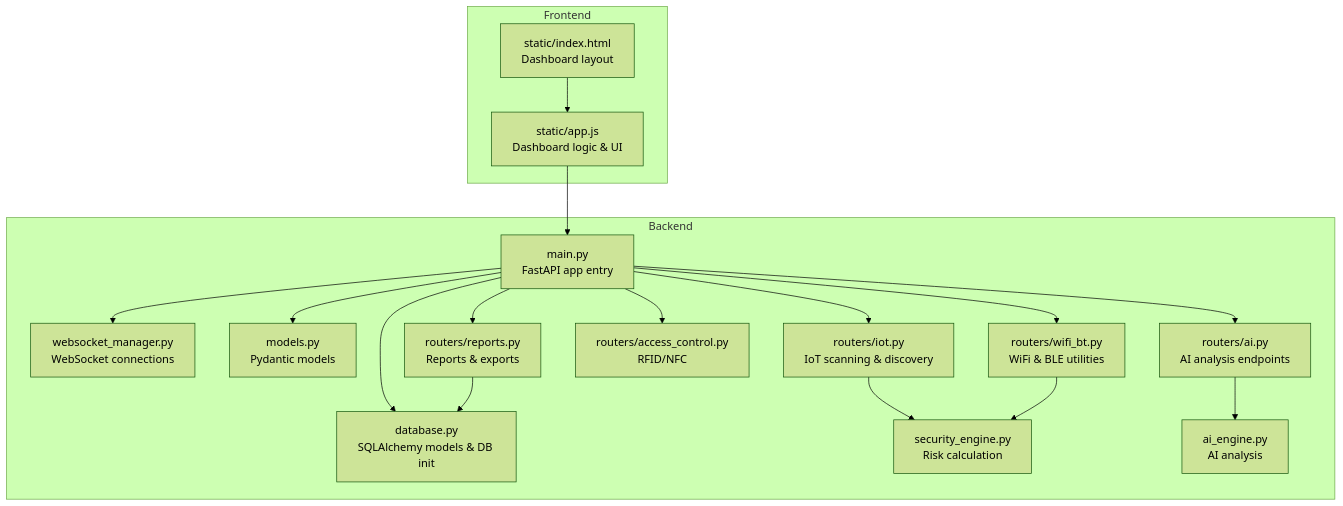
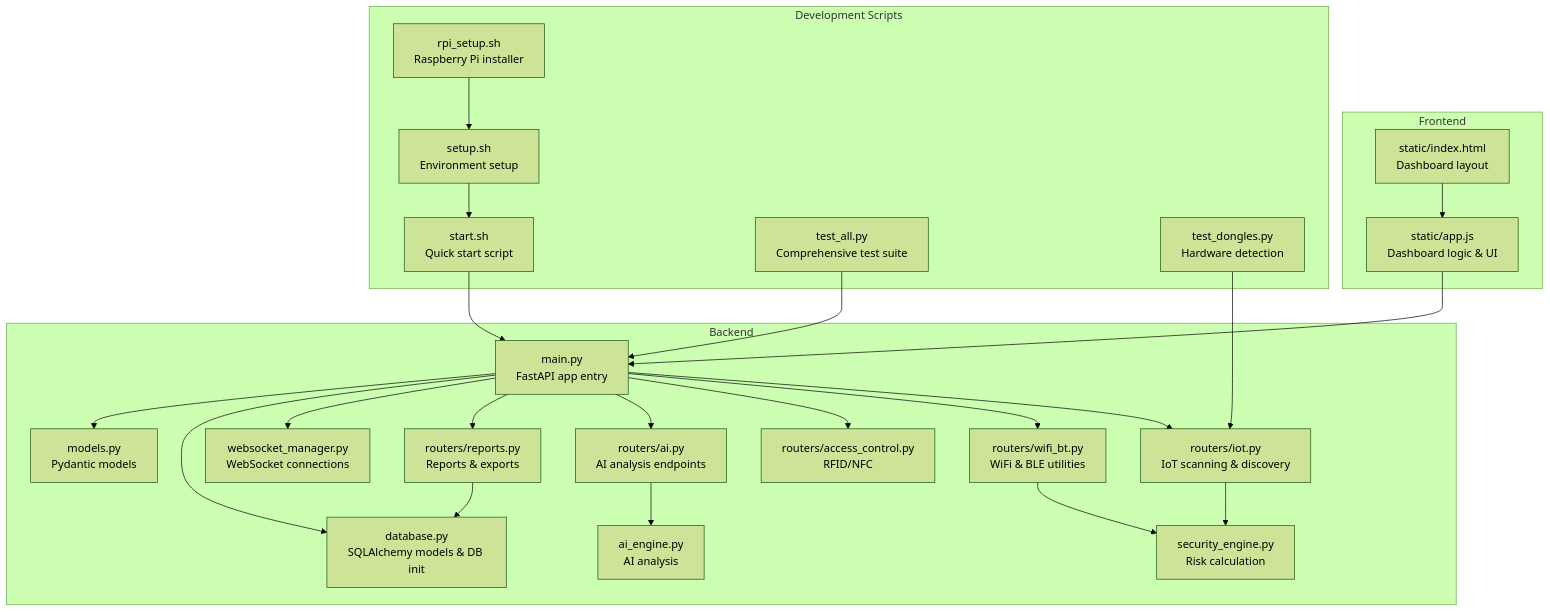
One commit to MohandWaleed3/PentexOne changed the first of 11 diagrams in .qoder/repowiki/en/content/Contributing & Development.md. Above: the diagram before and after it, drawn with Mermaid (forest theme). The commit also changed other lines of this file and 16 other files, not shown here.

````diff
--- a/.qoder/repowiki/en/content/Contributing & Development.md
+++ b/.qoder/repowiki/en/content/Contributing & Development.md
@@ -53,34 +56,46 @@
 ```mermaid
 graph TB
 subgraph "Backend"
 MAIN["main.py<br/>FastAPI app entry"]
 WS["websocket_manager.py<br/>WebSocket connections"]
 DB["database.py<br/>SQLAlchemy models & DB init"]
 MODELS["models.py<br/>Pydantic models"]
 ROUTERS_IOT["routers/iot.py<br/>IoT scanning & discovery"]
 ROUTERS_WIFI_BT["routers/wifi_bt.py<br/>WiFi & BLE utilities"]
 ROUTERS_RFID["routers/access_control.py<br/>RFID/NFC"]
 ROUTERS_AI["routers/ai.py<br/>AI analysis endpoints"]
 ROUTERS_REPORTS["routers/reports.py<br/>Reports & exports"]
 SEC_ENGINE["security_engine.py<br/>Risk calculation"]
 AI_ENGINE["ai_engine.py<br/>AI analysis"]
 end
 subgraph "Frontend"
 HTML["static/index.html<br/>Dashboard layout"]
 JS["static/app.js<br/>Dashboard logic & UI"]
 end
+subgraph "Development Scripts"
+SETUP["setup.sh<br/>Environment setup"]
+START["start.sh<br/>Quick start script"]
+RPI_SETUP["rpi_setup.sh<br/>Raspberry Pi installer"]
+TEST_ALL["test_all.py<br/>Comprehensive test suite"]
+TEST_DONGLES["test_dongles.py<br/>Hardware detection"]
+end
 MAIN --> ROUTERS_IOT
 MAIN --> ROUTERS_WIFI_BT
 MAIN --> ROUTERS_RFID
 MAIN --> ROUTERS_AI
 MAIN --> ROUTERS_REPORTS
 MAIN --> WS
 MAIN --> DB
 MAIN --> MODELS
 ROUTERS_IOT --> SEC_ENGINE
 ROUTERS_WIFI_BT --> SEC_ENGINE
 ROUTERS_AI --> AI_ENGINE
 ROUTERS_REPORTS --> DB
 HTML --> JS
 JS --> MAIN
+SETUP --> START
+START --> MAIN
+RPI_SETUP --> SETUP
+TEST_ALL --> MAIN
+TEST_DONGLES --> ROUTERS_IOT
 ```
````
